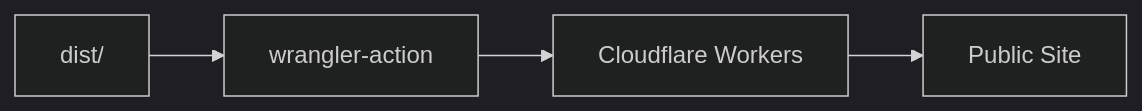
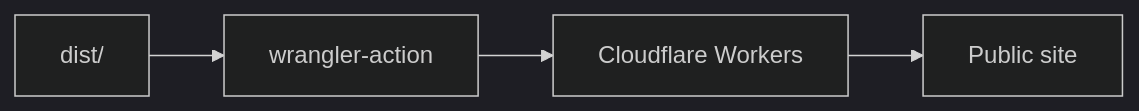
One commit to Rerurate514/riebeckite changed the eighth of 11 diagrams in docs/docs/guides/deployment/github-actions.md. Above: the diagram before and after it, drawn with Mermaid (dark theme). The commit also changed other lines of this file and 604 other files, not shown here.

````diff
--- a/docs/docs/guides/deployment/github-actions.md
+++ b/docs/docs/guides/deployment/github-actions.md
@@ -549,11 +497,11 @@
-```mermaid id="sxq25c"
+```mermaid
 flowchart LR
     Dist["dist/"]
     Wrangler["wrangler-action"]
     Workers["Cloudflare Workers"]
-    Site["Public Site"]
+    Site["Public site"]
 
     Dist --> Wrangler
     Wrangler --> Workers
     Workers --> Site
 ```
````
